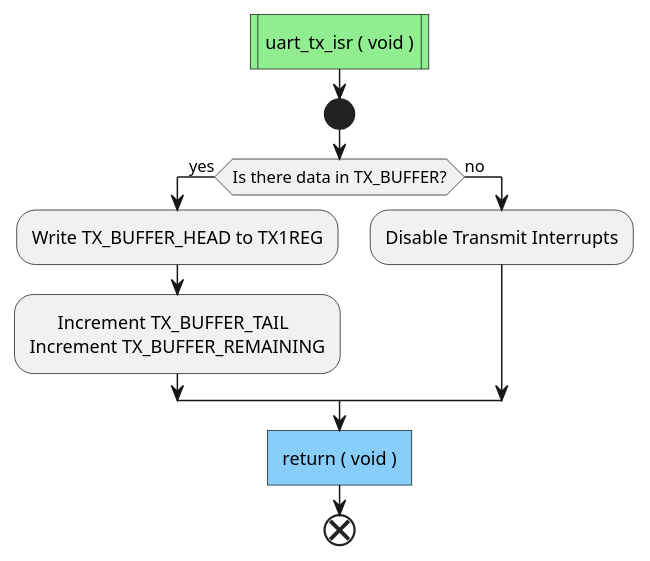
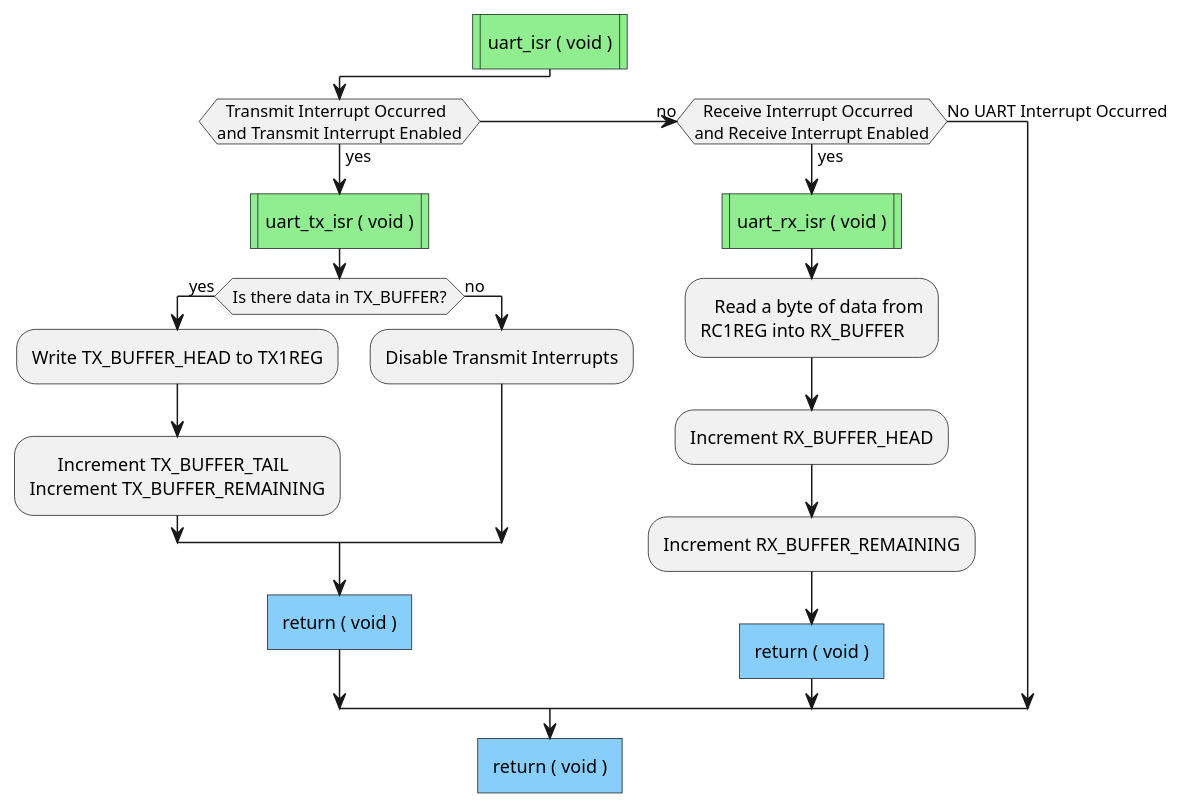
Before and after one commit to Rex--/powerpic: the third of 3 diagrams in firmware/docs/diagrams/driver-uart.puml, drawn with PlantUML. The commit also changed other lines of this file and 36 other files, not shown here.

```diff
--- a/firmware/docs/diagrams/driver-uart.puml
+++ b/firmware/docs/diagrams/driver-uart.puml
@@ -54,14 +48,26 @@
-@startuml driver-uart-tx-isr
+@startuml driver-uart-isr
 skinparam ConditionEndStyle hline
-#LightGreen:uart_tx_isr ( void )|
-start
-if (Is there data in TX_BUFFER?) then (yes)
-    :Write TX_BUFFER_HEAD to TX1REG;
-    :      Increment TX_BUFFER_TAIL
-    Increment TX_BUFFER_REMAINING;
-else (no)
-    :Disable Transmit Interrupts;
+#LightGreen:uart_isr ( void )|
+if (  Transmit Interrupt Occurred
+and Transmit Interrupt Enabled) then (yes)
+    #LightGreen:uart_tx_isr ( void )|
+    if (Is there data in TX_BUFFER?) then (yes)
+        :Write TX_BUFFER_HEAD to TX1REG;
+        :      Increment TX_BUFFER_TAIL
+        Increment TX_BUFFER_REMAINING;
+    else (no)
+        :Disable Transmit Interrupts;
+    endif
+    #LightSkyBlue:return ( void )]
+(no) elseif (  Receive Interrupt Occurred
+and Receive Interrupt Enabled) then (yes)
+    #LightGreen:uart_rx_isr ( void )|
+    :   Read a byte of data from 
+    RC1REG into RX_BUFFER;
+    :Increment RX_BUFFER_HEAD;
+    :Increment RX_BUFFER_REMAINING;
+    #LightSkyBlue:return ( void )]
+else (No UART Interrupt Occurred)
 endif
 #LightSkyBlue:return ( void )]
-end
 @enduml
```
